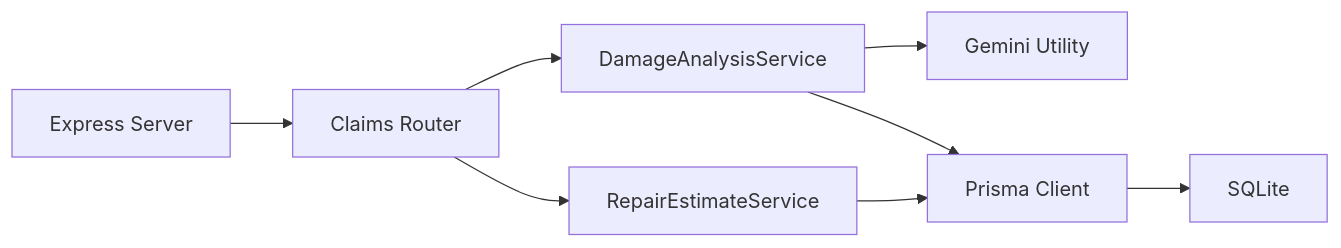
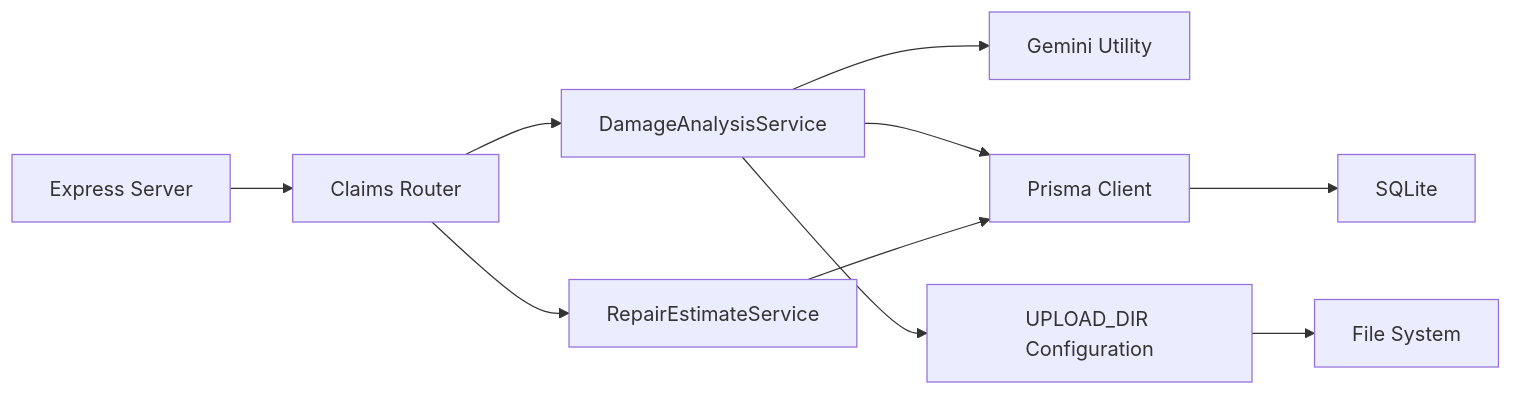
One commit to NaveenHiranya/Smart-Vehicle-Insurance-Claim-System changed the sixth of 6 diagrams in .qoder/repowiki/en/content/Backend Documentation/Business Logic & Services/Damage Analysis Service.md. Above: the diagram before and after it, drawn with Mermaid. The commit also changed other lines of this file and 65 other files, not shown here.

````diff
--- a/.qoder/repowiki/en/content/Backend Documentation/Business Logic & Services/Damage Analysis Service.md
+++ b/.qoder/repowiki/en/content/Backend Documentation/Business Logic & Services/Damage Analysis Service.md
@@ -360,10 +419,12 @@
 ```mermaid
 graph LR
 Server["Express Server"] --> Claims["Claims Router"]
 Claims --> DAS["DamageAnalysisService"]
 Claims --> RES["RepairEstimateService"]
 DAS --> Gemini["Gemini Utility"]
 DAS --> Prisma["Prisma Client"]
+DAS --> Config["UPLOAD_DIR Configuration"]
 RES --> Prisma
+Config --> FS["File System"]
 Prisma --> DB["SQLite"]
 ```
````
